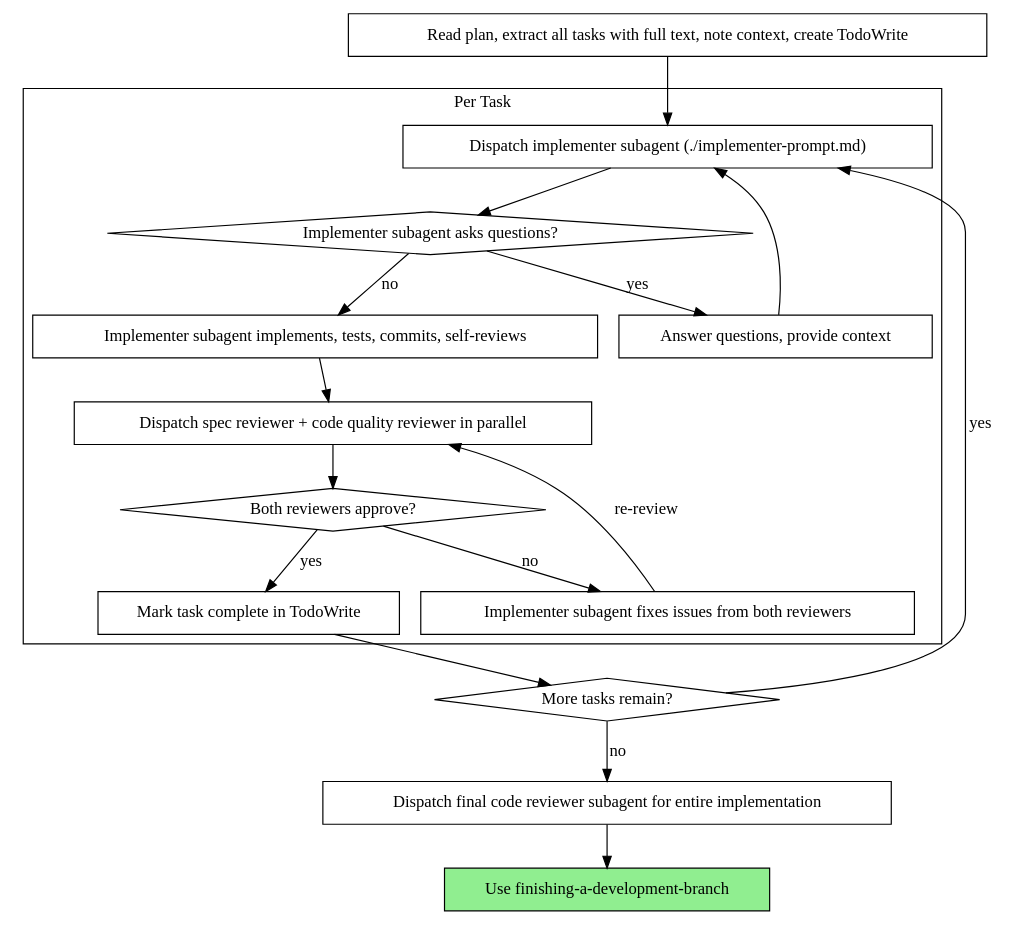
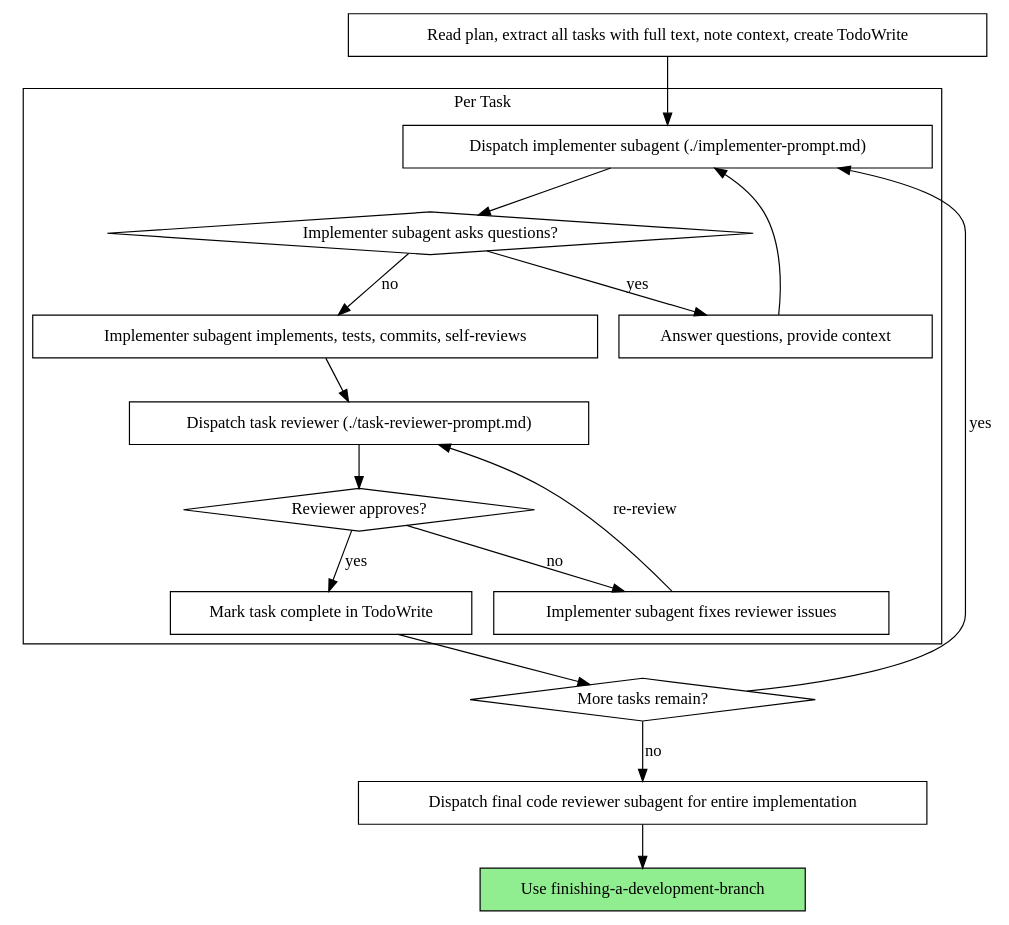
One commit to iamsdas/agent-skills changed the second of 2 diagrams in development/skills/subagent-driven-development/SKILL.md. Above: the diagram before and after it, drawn with Graphviz. The commit also changed other lines of this file and 3 other files, not shown here.

First line of the commit message:
refactor: merge per-task spec and quality reviewers into one combined task reviewer

````diff
--- a/development/skills/subagent-driven-development/SKILL.md
+++ b/development/skills/subagent-driven-development/SKILL.md
@@ -44,37 +44,37 @@
 ```dot
 digraph process {
     rankdir=TB;
 
     subgraph cluster_per_task {
         label="Per Task";
         "Dispatch implementer subagent (./implementer-prompt.md)" [shape=box];
         "Implementer subagent asks questions?" [shape=diamond];
         "Answer questions, provide context" [shape=box];
         "Implementer subagent implements, tests, commits, self-reviews" [shape=box];
-        "Dispatch spec reviewer + code quality reviewer in parallel" [shape=box];
-        "Both reviewers approve?" [shape=diamond];
-        "Implementer subagent fixes issues from both reviewers" [shape=box];
+        "Dispatch task reviewer (./task-reviewer-prompt.md)" [shape=box];
+        "Reviewer approves?" [shape=diamond];
+        "Implementer subagent fixes reviewer issues" [shape=box];
         "Mark task complete in TodoWrite" [shape=box];
     }
 
     "Read plan, extract all tasks with full text, note context, create TodoWrite" [shape=box];
     "More tasks remain?" [shape=diamond];
     "Dispatch final code reviewer subagent for entire implementation" [shape=box];
     "Use finishing-a-development-branch" [shape=box style=filled fillcolor=lightgreen];
 
     "Read plan, extract all tasks with full text, note context, create TodoWrite" -> "Dispatch implementer subagent (./implementer-prompt.md)";
     "Dispatch implementer subagent (./implementer-prompt.md)" -> "Implementer subagent asks questions?";
     "Implementer subagent asks questions?" -> "Answer questions, provide context" [label="yes"];
     "Answer questions, provide context" -> "Dispatch implementer subagent (./implementer-prompt.md)";
     "Implementer subagent asks questions?" -> "Implementer subagent implements, tests, commits, self-reviews" [label="no"];
-    "Implementer subagent implements, tests, commits, self-reviews" -> "Dispatch spec reviewer + code quality reviewer in parallel";
-    "Dispatch spec reviewer + code quality reviewer in parallel" -> "Both reviewers approve?";
-    "Both reviewers approve?" -> "Implementer subagent fixes issues from both reviewers" [label="no"];
-    "Implementer subagent fixes issues from both reviewers" -> "Dispatch spec reviewer + code quality reviewer in parallel" [label="re-review"];
-    "Both reviewers approve?" -> "Mark task complete in TodoWrite" [label="yes"];
+    "Implementer subagent implements, tests, commits, self-reviews" -> "Dispatch task reviewer (./task-reviewer-prompt.md)";
+    "Dispatch task reviewer (./task-reviewer-prompt.md)" -> "Reviewer approves?";
+    "Reviewer approves?" -> "Implementer subagent fixes reviewer issues" [label="no"];
+    "Implementer subagent fixes reviewer issues" -> "Dispatch task reviewer (./task-reviewer-prompt.md)" [label="re-review"];
+    "Reviewer approves?" -> "Mark task complete in TodoWrite" [label="yes"];
     "Mark task complete in TodoWrite" -> "More tasks remain?";
     "More tasks remain?" -> "Dispatch implementer subagent (./implementer-prompt.md)" [label="yes"];
     "More tasks remain?" -> "Dispatch final code reviewer subagent for entire implementation" [label="no"];
     "Dispatch final code reviewer subagent for entire implementation" -> "Use finishing-a-development-branch";
 }
 ```
````
